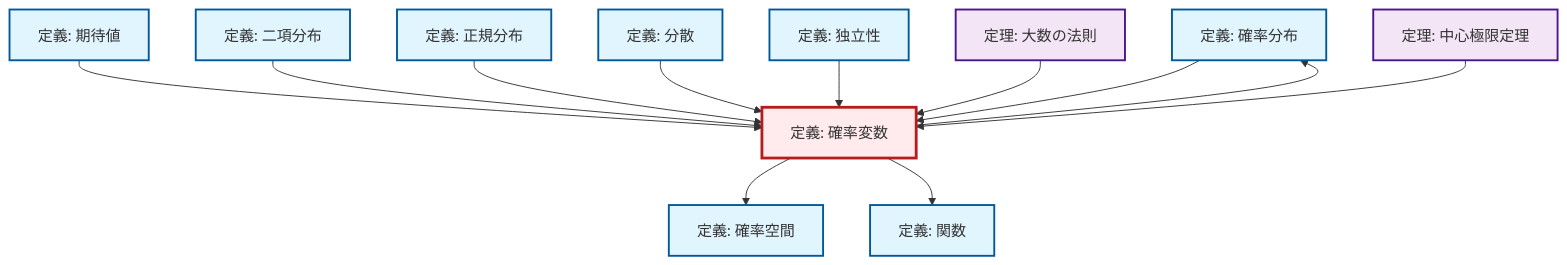
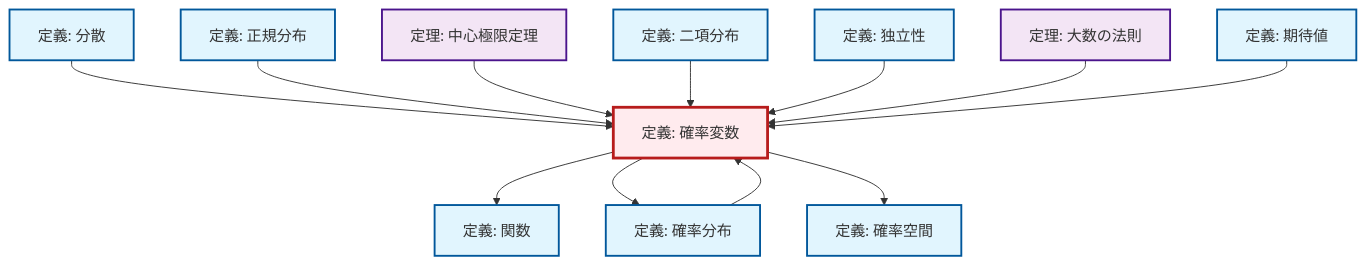
Before and after one commit to RK0429/ModernMath: the diagram in content/ja/probability-statistics/def-random-variable.qmd, drawn with Mermaid. The commit also changed 672 other files, not shown here.

````diff
--- a/content/ja/probability-statistics/def-random-variable.qmd
+++ b/content/ja/probability-statistics/def-random-variable.qmd
@@ -50,42 +50,42 @@
 ```{mermaid}
-%%| fig-cap: "Local dependency graph"
+%%| fig-cap: "ローカル依存関係グラフ"
 graph TD
     classDef definition fill:#e1f5fe,stroke:#01579b,stroke-width:2px
     classDef theorem fill:#f3e5f5,stroke:#4a148c,stroke-width:2px
     classDef axiom fill:#fff3e0,stroke:#e65100,stroke-width:2px
     classDef example fill:#e8f5e9,stroke:#1b5e20,stroke-width:2px
     classDef current fill:#ffebee,stroke:#b71c1c,stroke-width:3px
-    def-probability-distribution["定義: 確率分布"]:::definition
-    def-expectation["定義: 期待値"]:::definition
-    thm-central-limit["定理: 中心極限定理"]:::theorem
-    def-random-variable["定義: 確率変数"]:::definition
-    def-binomial-distribution["定義: 二項分布"]:::definition
-    def-independence["定義: 独立性"]:::definition
-    def-function["定義: 関数"]:::definition
-    thm-law-of-large-numbers["定理: 大数の法則"]:::theorem
     def-normal-distribution["定義: 正規分布"]:::definition
     def-probability-space["定義: 確率空間"]:::definition
+    def-binomial-distribution["定義: 二項分布"]:::definition
+    thm-law-of-large-numbers["定理: 大数の法則"]:::theorem
+    def-independence["定義: 独立性"]:::definition
+    def-expectation["定義: 期待値"]:::definition
+    def-function["定義: 関数"]:::definition
+    def-probability-distribution["定義: 確率分布"]:::definition
+    thm-central-limit["定理: 中心極限定理"]:::theorem
     def-variance["定義: 分散"]:::definition
+    def-random-variable["定義: 確率変数"]:::definition
+    def-variance --> def-random-variable
+    def-normal-distribution --> def-random-variable
+    thm-central-limit --> def-random-variable
+    def-binomial-distribution --> def-random-variable
+    def-probability-distribution --> def-random-variable
+    def-random-variable --> def-function
     def-random-variable --> def-probability-distribution
+    def-independence --> def-random-variable
     def-random-variable --> def-probability-space
+    thm-law-of-large-numbers --> def-random-variable
     def-expectation --> def-random-variable
-    def-binomial-distribution --> def-random-variable
-    def-normal-distribution --> def-random-variable
-    def-variance --> def-random-variable
-    def-independence --> def-random-variable
-    def-probability-distribution --> def-random-variable
-    thm-law-of-large-numbers --> def-random-variable
-    def-random-variable --> def-function
-    thm-central-limit --> def-random-variable
     class def-random-variable current
-    click def-probability-distribution "def-probability-distribution.html" "確率分布の定義へ"
-    click def-expectation "def-expectation.html" "期待値の定義へ"
-    click thm-central-limit "thm-central-limit.html" "中心極限定理の定理へ"
-    click def-binomial-distribution "def-binomial-distribution.html" "二項分布の定義へ"
-    click def-independence "def-independence.html" "独立性の定義へ"
-    click def-function "def-function.html" "関数の定義へ"
-    click thm-law-of-large-numbers "thm-law-of-large-numbers.html" "大数の法則の定理へ"
     click def-normal-distribution "def-normal-distribution.html" "正規分布の定義へ"
     click def-probability-space "def-probability-space.html" "確率空間の定義へ"
+    click def-binomial-distribution "def-binomial-distribution.html" "二項分布の定義へ"
+    click thm-law-of-large-numbers "thm-law-of-large-numbers.html" "大数の法則の定理へ"
+    click def-independence "def-independence.html" "独立性の定義へ"
+    click def-expectation "def-expectation.html" "期待値の定義へ"
+    click def-function "def-function.html" "関数の定義へ"
+    click def-probability-distribution "def-probability-distribution.html" "確率分布の定義へ"
+    click thm-central-limit "thm-central-limit.html" "中心極限定理の定理へ"
     click def-variance "def-variance.html" "分散の定義へ"
 ```
````
